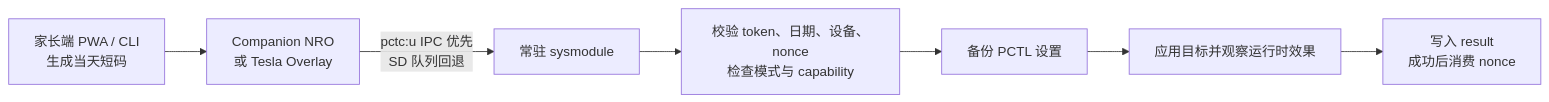
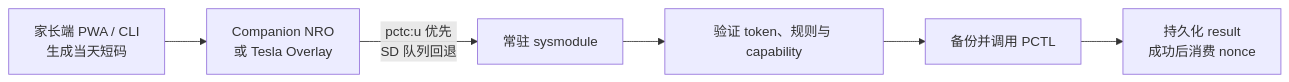
One commit to selfuppen/NX-PlayWise changed the diagram in README.md. Above: the diagram before and after it, drawn with Mermaid. The commit also changed other lines of this file and 10 other files, not shown here.

````diff
--- a/README.md
+++ b/README.md
@@ -38,9 +33,8 @@
 ```mermaid
 flowchart LR
     A["家长端 PWA / CLI<br/>生成当天短码"] --> B["Companion NRO<br/>或 Tesla Overlay"]
-    B -->|"pctc:u IPC 优先<br/>SD 队列回退"| C["常驻 sysmodule"]
-    C --> D["校验 token、日期、设备、nonce<br/>检查模式与 capability"]
-    D --> E["备份 PCTL 设置"]
-    E --> F["应用目标并观察运行时效果"]
-    F --> G["写入 result<br/>成功后消费 nonce"]
+    B -->|"pctc:u 优先<br/>SD 队列回退"| C["常驻 sysmodule"]
+    C --> D["验证 token、规则与 capability"]
+    D --> E["备份并调用 PCTL"]
+    E --> F["持久化 result<br/>成功后消费 nonce"]
 ```
````
